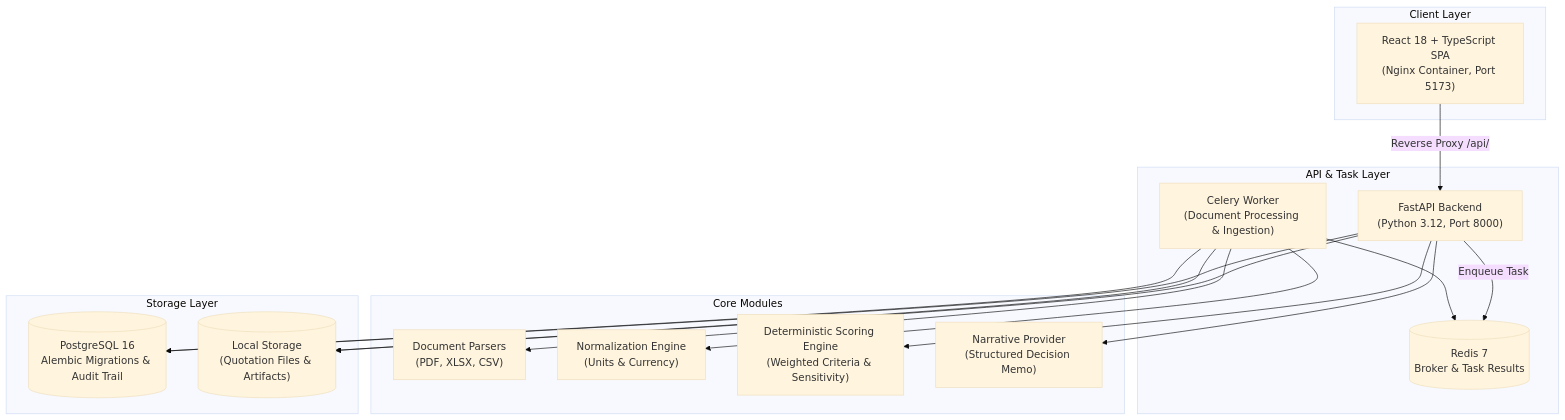
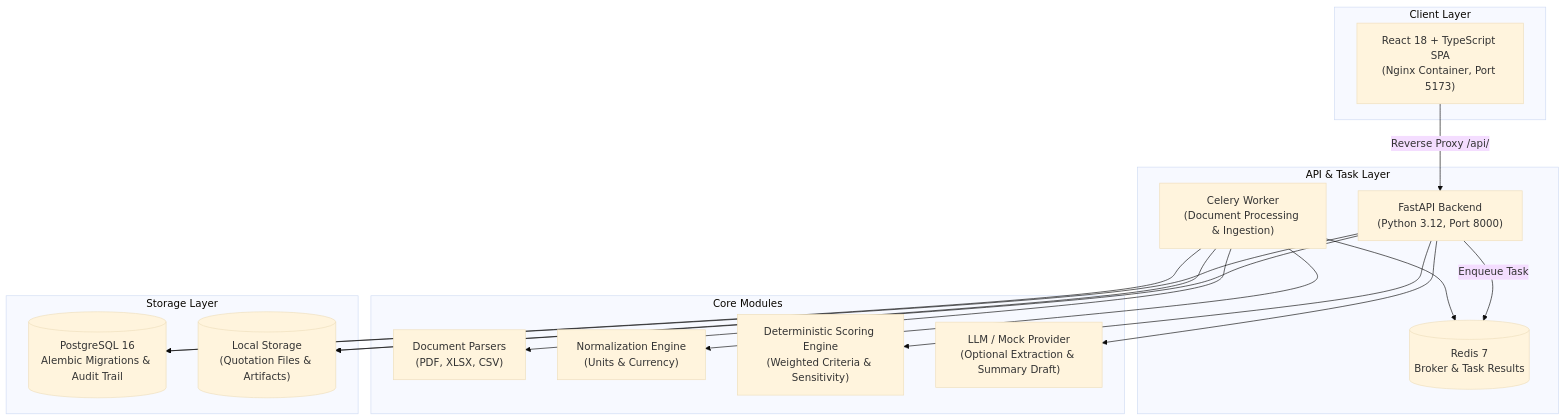
One commit to mbs20/procureflow changed the diagram in README.md. Above: the diagram before and after it, drawn with Mermaid (base theme). The commit also changed other lines of this file and 1 other file, not shown here.

````diff
--- a/README.md
+++ b/README.md
@@ -103,36 +110,36 @@
 ```mermaid
 graph TD
     subgraph Client Layer
         UI["React 18 + TypeScript SPA<br/>(Nginx Container, Port 5173)"]
     end
 
     subgraph API & Task Layer
         API["FastAPI Backend<br/>(Python 3.12, Port 8000)"]
         Worker["Celery Worker<br/>(Document Processing & Ingestion)"]
         Redis[("Redis 7<br/>Broker & Task Results")]
     end
 
     subgraph Core Modules
         Parsers["Document Parsers<br/>(PDF, XLSX, CSV)"]
         Norm["Normalization Engine<br/>(Units & Currency)"]
         Scorer["Deterministic Scoring Engine<br/>(Weighted Criteria & Sensitivity)"]
-        Narrative["Narrative Provider<br/>(Structured Decision Memo)"]
+        LLM["LLM / Mock Provider<br/>(Optional Extraction & Summary Draft)"]
     end
 
     subgraph Storage Layer
         DB[("PostgreSQL 16<br/>Alembic Migrations & Audit Trail")]
         Filesystem[("Local Storage<br/>(Quotation Files & Artifacts)")]
     end
 
     UI -->|Reverse Proxy /api/| API
     API --> DB
     API --> Filesystem
     API -->|Enqueue Task| Redis
     Worker --> Redis
     Worker --> Parsers
     Worker --> Norm
     Worker --> DB
     Worker --> Filesystem
     API --> Scorer
-    API --> Narrative
+    API --> LLM
 ```
````
